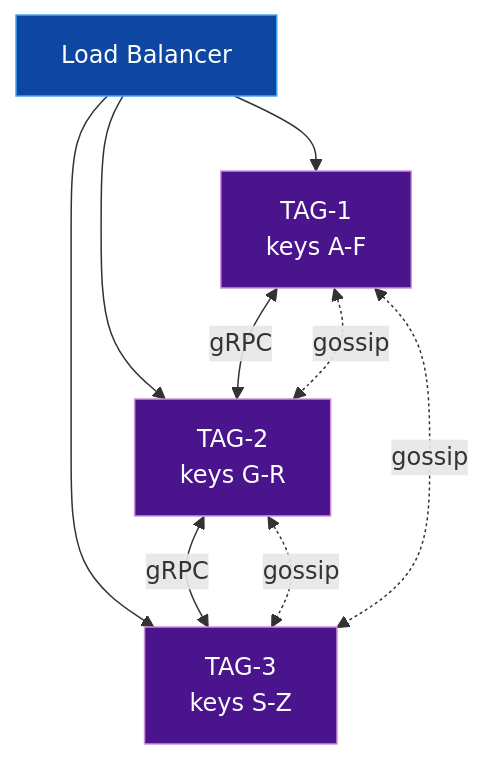
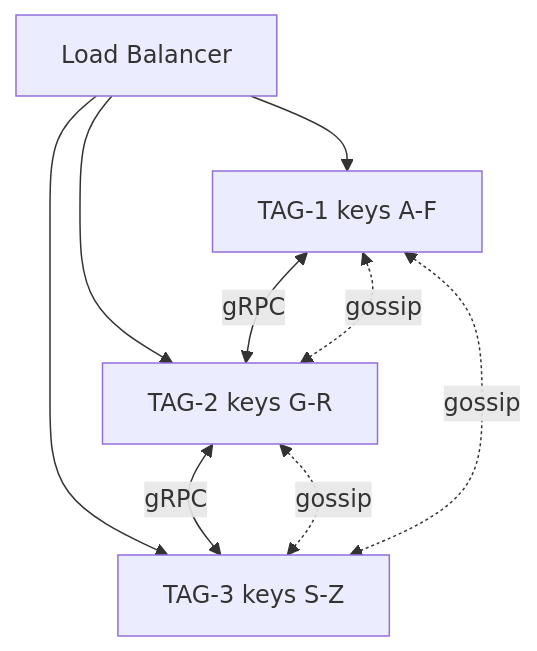
The third of 4 diagrams in docs/acceleration-gateway/index.mdx (tigrisdata/tigris-os-docs), drawn with Mermaid before and after one commit. The commit also changed other lines of this file and 18 other files, not shown here.

First line of the commit message:
feat: replace mermaid diagrams with Excalidraw-style SVG components

`````diff
--- a/docs/acceleration-gateway/index.mdx
+++ b/docs/acceleration-gateway/index.mdx
@@ -187,21 +186,11 @@
 ```mermaid
 flowchart TB
-    classDef infra fill:#0d47a1,stroke:#42a5f5,color:#fff
-    classDef node fill:#4a148c,stroke:#ce93d8,color:#fff
-
-    LB[Load Balancer]:::infra
-    N1[TAG-1<br/>keys A-F]:::node
-    N2[TAG-2<br/>keys G-R]:::node
-    N3[TAG-3<br/>keys S-Z]:::node
-
-    LB --> N1
-    LB --> N2
-    LB --> N3
-
+    LB[Load Balancer] --> N1[TAG-1 keys A-F]
+    LB --> N2[TAG-2 keys G-R]
+    LB --> N3[TAG-3 keys S-Z]
     N1 <-->|gRPC| N2
     N2 <-->|gRPC| N3
     N1 <-.gossip.-> N2
     N2 <-.gossip.-> N3
     N1 <-.gossip.-> N3
-
-````
+```
`````
